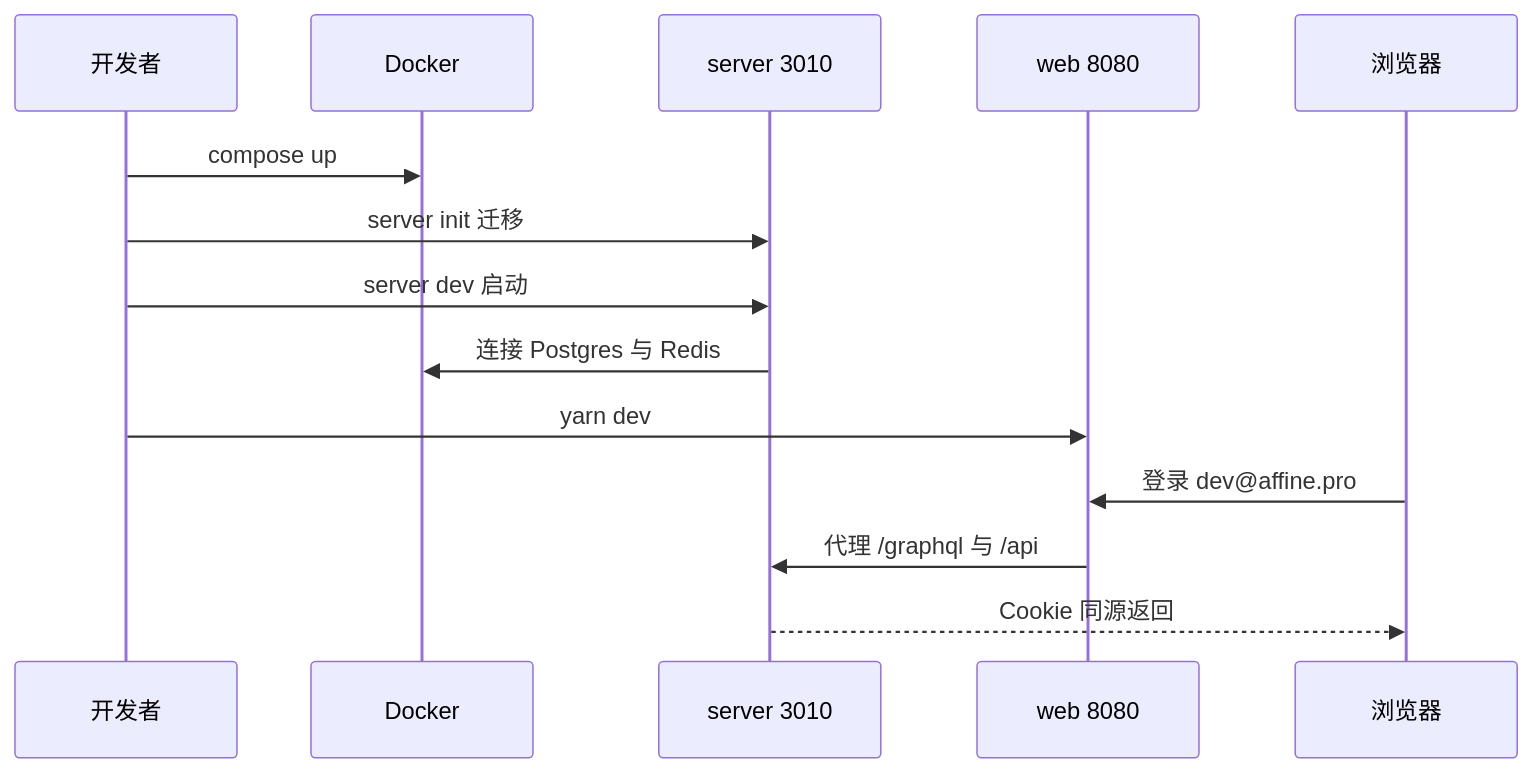
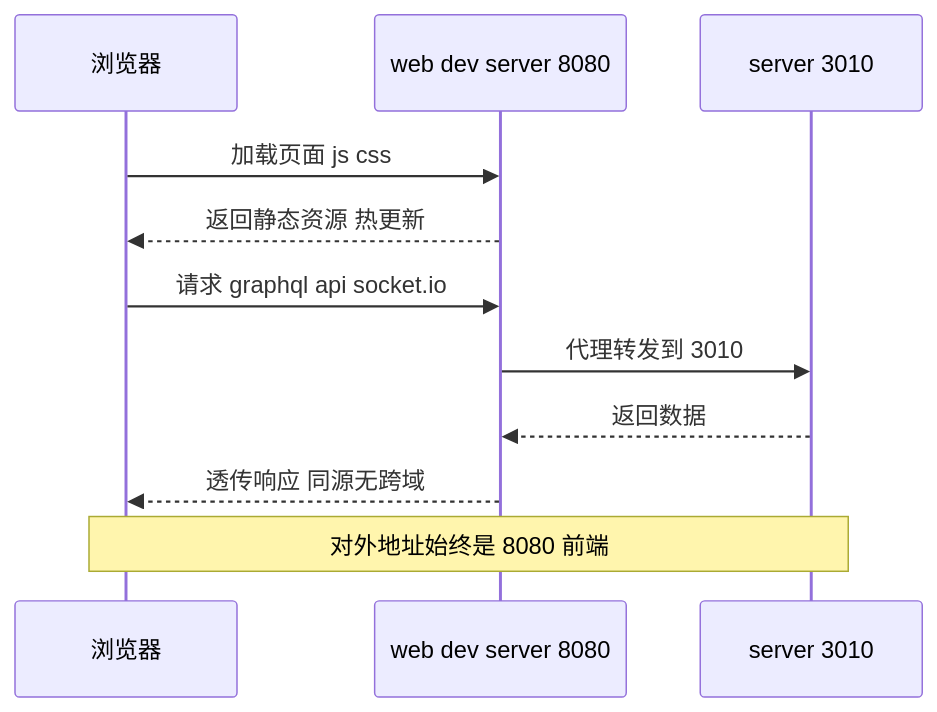
Before and after one commit to lfire/AFFiNE: the second of 2 diagrams in learning-guide/slides/decks/11.md, drawn with Mermaid. The commit also changed other lines of this file and 46 other files, not shown here.

````diff
--- a/learning-guide/slides/decks/11.md
+++ b/learning-guide/slides/decks/11.md
@@ -331,16 +257,13 @@
 ```mermaid
 sequenceDiagram
-  participant Dev as 开发者
-  participant DK as Docker
-  participant SV as server 3010
-  participant WB as web 8080
-  participant BR as 浏览器
-  Dev->>DK: compose up
-  Dev->>SV: server init 迁移
-  Dev->>SV: server dev 启动
-  SV->>DK: 连接 Postgres 与 Redis
-  Dev->>WB: yarn dev
-  BR->>WB: 登录 dev@affine.pro
-  WB->>SV: 代理 /graphql 与 /api
-  SV-->>BR: Cookie 同源返回
+  participant B as 浏览器
+  participant W as web dev server 8080
+  participant S as server 3010
+  B->>W: 加载页面 js css
+  W-->>B: 返回静态资源 热更新
+  B->>W: 请求 graphql api socket.io
+  W->>S: 代理转发到 3010
+  S-->>W: 返回数据
+  W-->>B: 透传响应 同源无跨域
+  Note over B,S: 对外地址始终是 8080 前端
 ```
````
